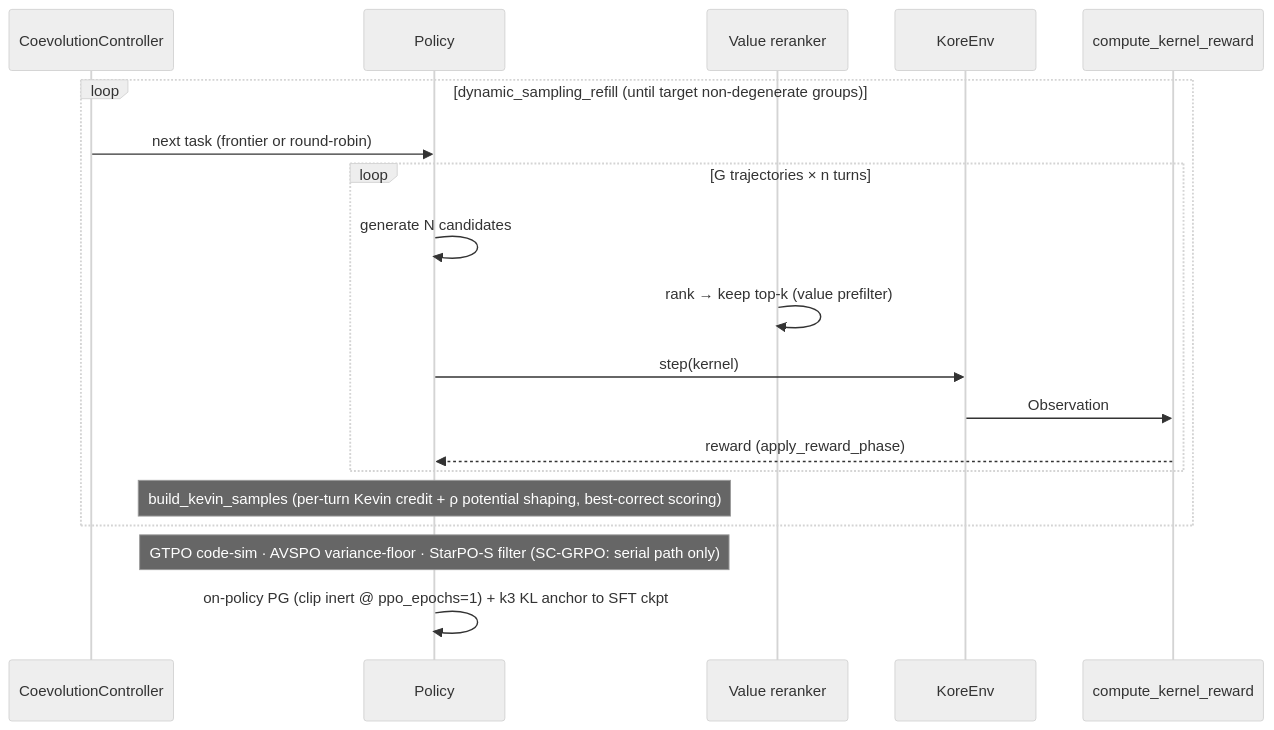
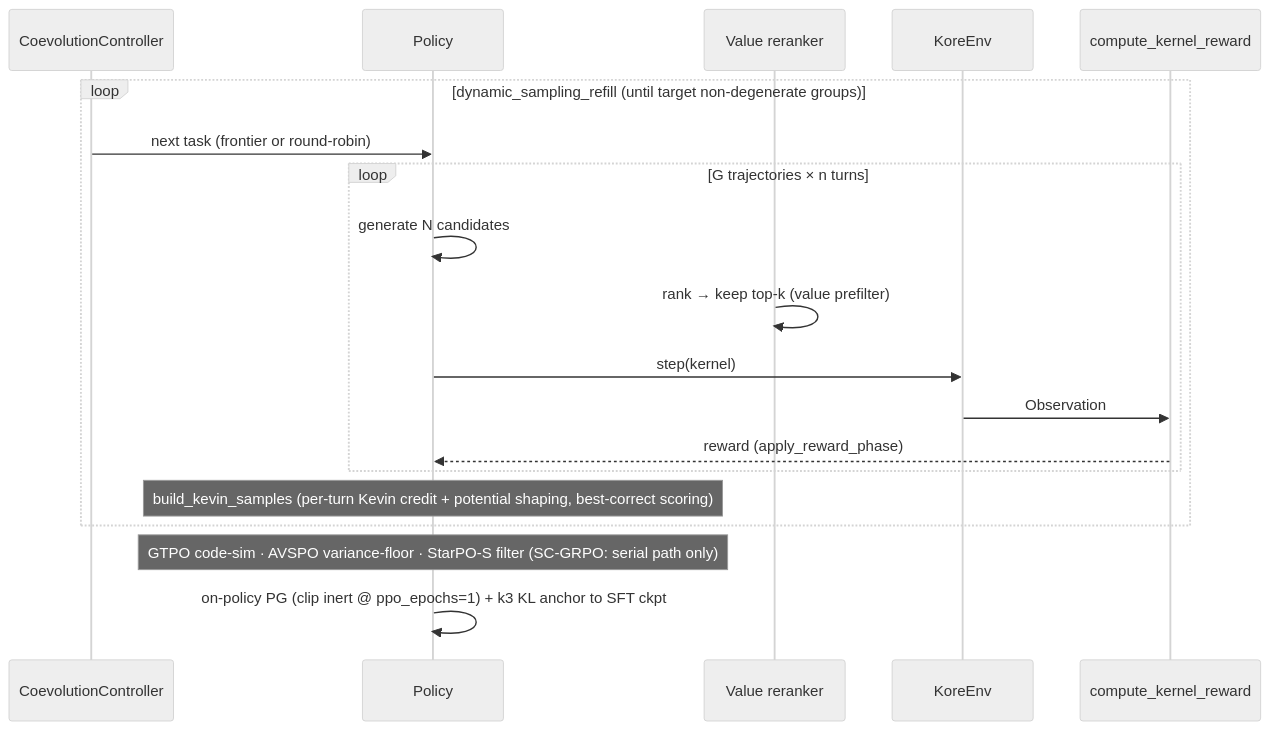
Before and after one commit to amd-shasriva/KORE: the second of 2 diagrams in kore/policy/README.md, drawn with Mermaid (neutral theme). The commit also changed other lines of this file and 23 other files, not shown here.

````diff
--- a/kore/policy/README.md
+++ b/kore/policy/README.md
@@ -42,21 +42,21 @@
 ```mermaid
 sequenceDiagram
   participant Ctrl as CoevolutionController
   participant Pol as Policy
   participant Val as Value reranker
   participant Env as KoreEnv
   participant Rew as compute_kernel_reward
   loop dynamic_sampling_refill (until target non-degenerate groups)
     Ctrl->>Pol: next task (frontier or round-robin)
     loop G trajectories × n turns
       Pol->>Pol: generate N candidates
       Val->>Val: rank → keep top-k (value prefilter)
       Pol->>Env: step(kernel)
       Env->>Rew: Observation
       Rew-->>Pol: reward (apply_reward_phase)
     end
-    Note over Pol: build_kevin_samples (per-turn Kevin credit + ρ potential shaping, best-correct scoring)
+    Note over Pol: build_kevin_samples (per-turn Kevin credit + potential shaping, best-correct scoring)
   end
   Note over Pol: GTPO code-sim · AVSPO variance-floor · StarPO-S filter (SC-GRPO: serial path only)
   Pol->>Pol: on-policy PG (clip inert @ ppo_epochs=1) + k3 KL anchor to SFT ckpt
 ```
````
